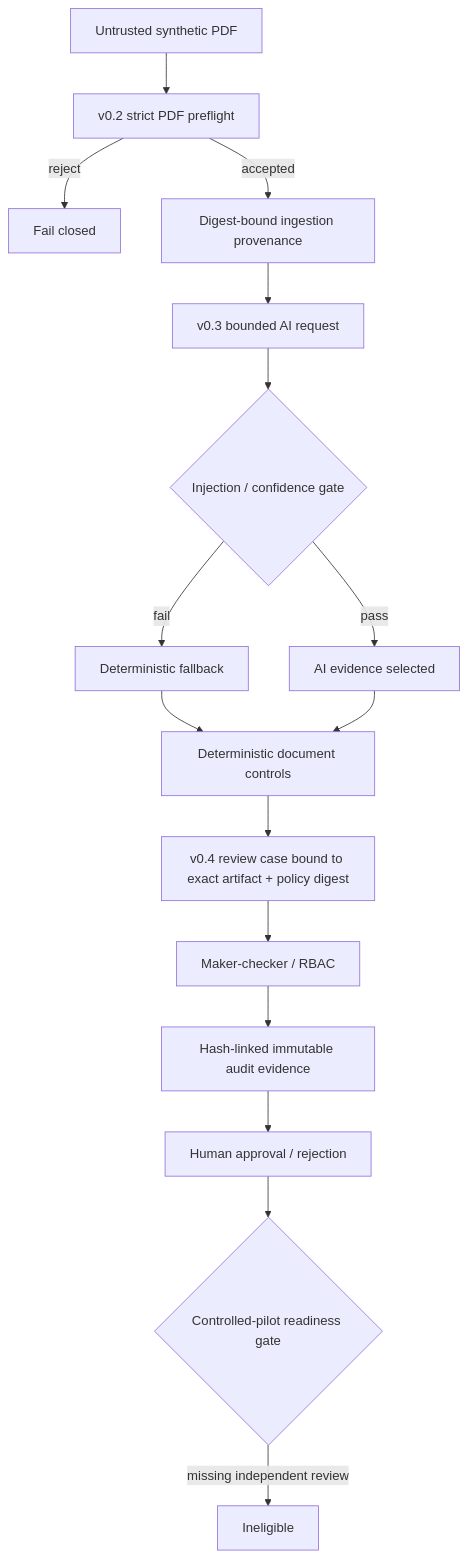
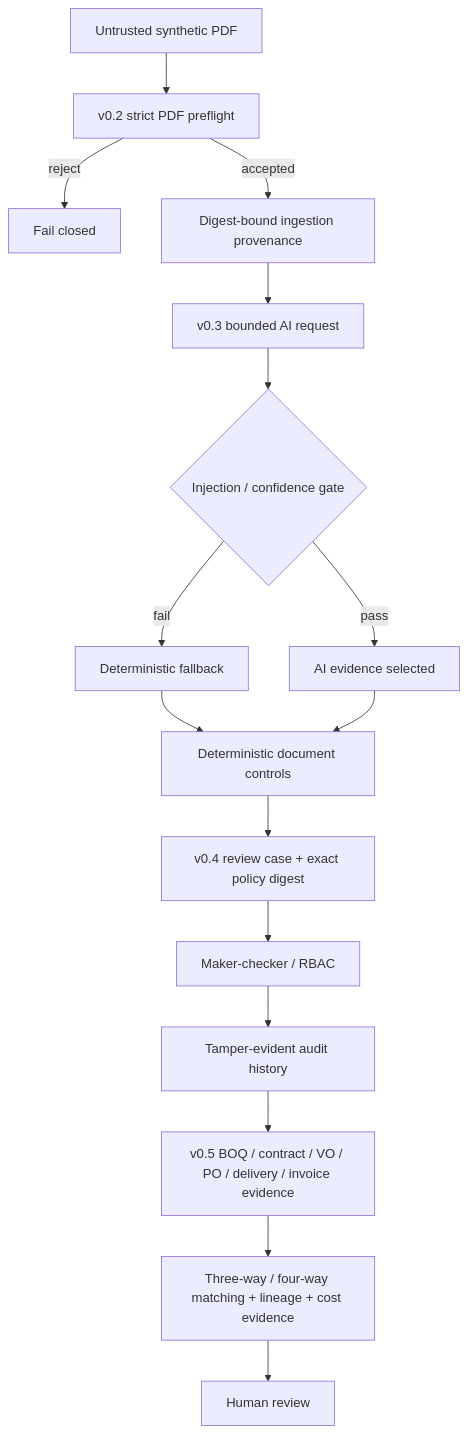
One commit to bilgekayali/structurax changed the diagram in README.md. Above: the diagram before and after it, drawn with Mermaid. The commit also changed other lines of this file and 23 other files, not shown here.

````diff
--- a/README.md
+++ b/README.md
@@ -18,18 +18,18 @@
 ```mermaid
 flowchart TD
     A["Untrusted synthetic PDF"] --> P["v0.2 strict PDF preflight"]
     P -->|reject| X["Fail closed"]
     P -->|accepted| I["Digest-bound ingestion provenance"]
     I --> Q["v0.3 bounded AI request"]
     Q --> J{"Injection / confidence gate"}
     J -->|fail| F["Deterministic fallback"]
     J -->|pass| S["AI evidence selected"]
     F --> D["Deterministic document controls"]
     S --> D
-    D --> C["v0.4 review case bound to exact artifact + policy digest"]
+    D --> C["v0.4 review case + exact policy digest"]
     C --> M["Maker-checker / RBAC"]
-    M --> E["Hash-linked immutable audit evidence"]
-    E --> H["Human approval / rejection"]
-    H --> G{"Controlled-pilot readiness gate"}
-    G -->|missing independent review| B["Ineligible"]
+    M --> E["Tamper-evident audit history"]
+    E --> K["v0.5 BOQ / contract / VO / PO / delivery / invoice evidence"]
+    K --> L["Three-way / four-way matching + lineage + cost evidence"]
+    L --> H["Human review"]
 ```
````
